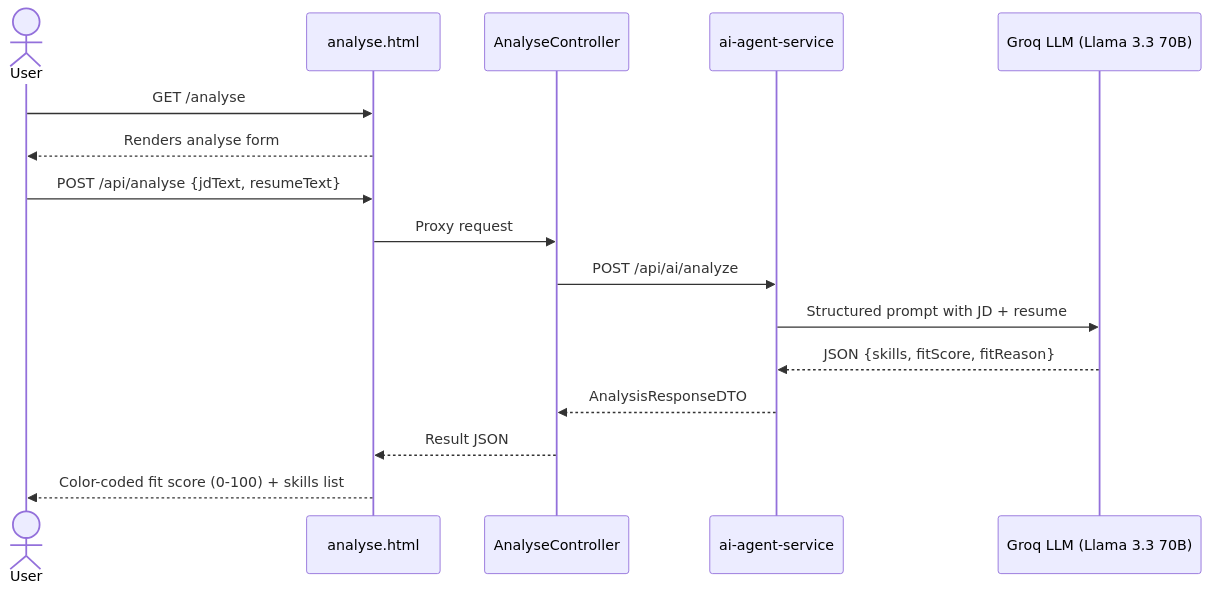
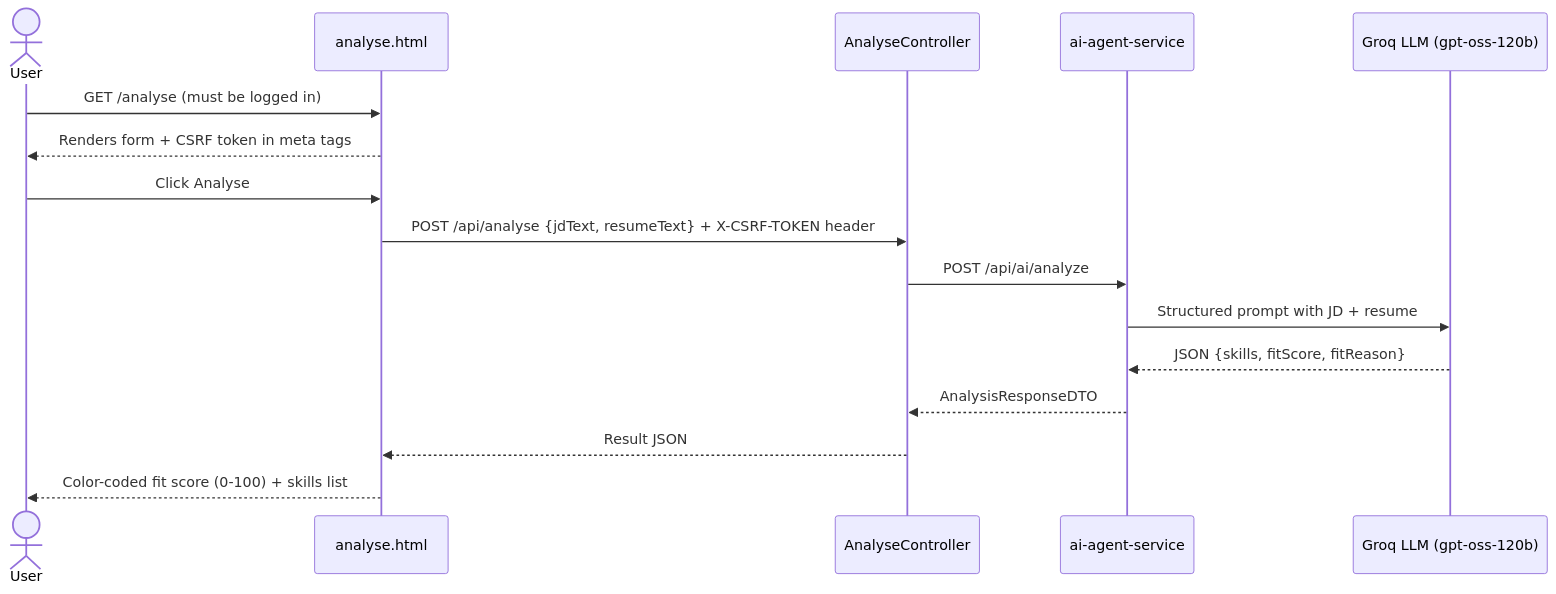
One commit to AdityaDeveloper-pixel/ai-job-tracker changed the seventh of 12 diagrams in project_flow.md. Above: the diagram before and after it, drawn with Mermaid. The commit also changed other lines of this file and 1 other file, not shown here.

````diff
--- a/project_flow.md
+++ b/project_flow.md
@@ -64,19 +185,19 @@
 ```mermaid
 sequenceDiagram
     actor User
     participant UI as analyse.html
     participant AC as AnalyseController
     participant AI as ai-agent-service
-    participant GROQ as Groq LLM (Llama 3.3 70B)
+    participant GROQ as Groq LLM (gpt-oss-120b)
 
-    User->>UI: GET /analyse
-    UI-->>User: Renders analyse form
-    User->>UI: POST /api/analyse {jdText, resumeText}
-    UI->>AC: Proxy request
+    User->>UI: GET /analyse (must be logged in)
+    UI-->>User: Renders form + CSRF token in meta tags
+    User->>UI: Click Analyse
+    UI->>AC: POST /api/analyse {jdText, resumeText} + X-CSRF-TOKEN header
     AC->>AI: POST /api/ai/analyze
     AI->>GROQ: Structured prompt with JD + resume
     GROQ-->>AI: JSON {skills, fitScore, fitReason}
     AI-->>AC: AnalysisResponseDTO
     AC-->>UI: Result JSON
     UI-->>User: Color-coded fit score (0-100) + skills list
 ```
````
